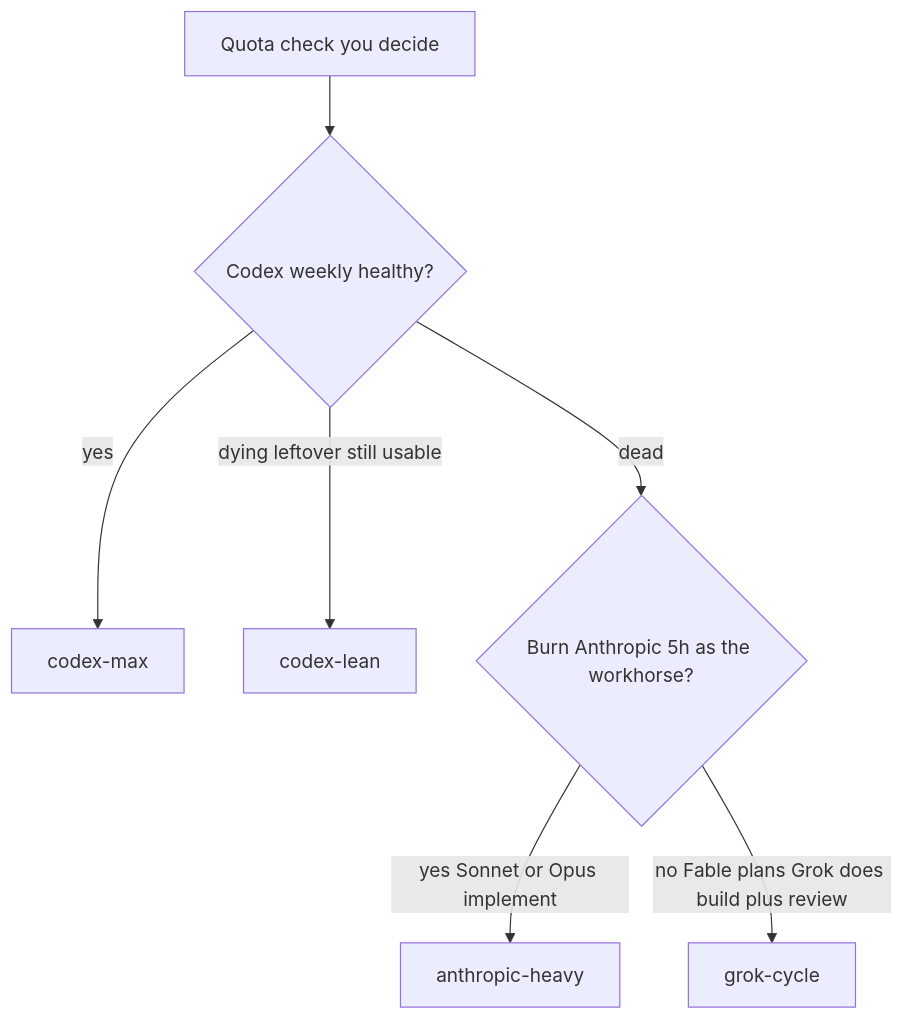
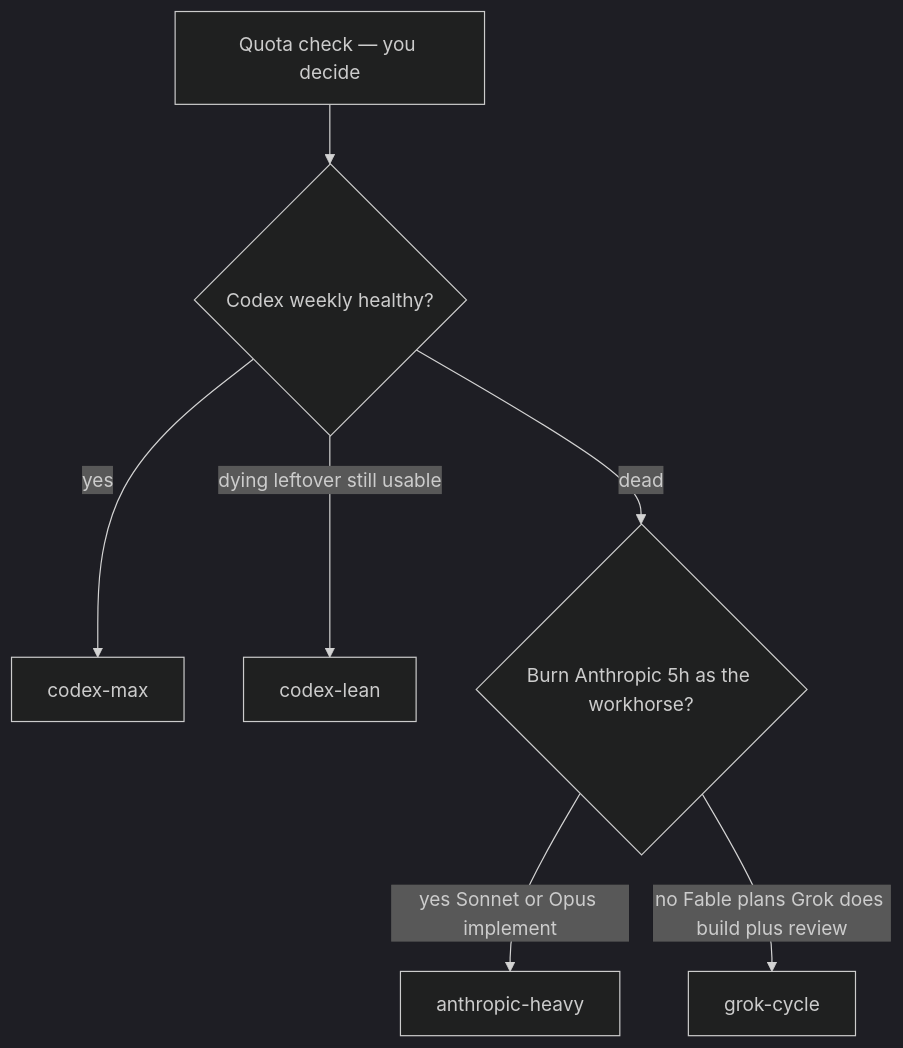
One commit to nourhelmi/pi-meta-harness changed the third of 3 diagrams in README.md. Above: the diagram before and after it, drawn with Mermaid. The commit also changed other lines of this file, not shown here.

````diff
--- a/README.md
+++ b/README.md
@@ -90,9 +155,13 @@
 ```mermaid
+---
+config:
+  theme: dark
+---
 flowchart TD
-  Start[Quota check you decide] --> CodexQ{Codex weekly healthy?}
+  Start[Quota check — you decide] --> CodexQ{Codex weekly healthy?}
   CodexQ -->|yes| UseCM[codex-max]
   CodexQ -->|dying leftover still usable| UseCL[codex-lean]
   CodexQ -->|dead| AnthQ{Burn Anthropic 5h as the workhorse?}
   AnthQ -->|yes Sonnet or Opus implement| UseAH[anthropic-heavy]
   AnthQ -->|no Fable plans Grok does build plus review| UseGC[grok-cycle]
 ```
````
